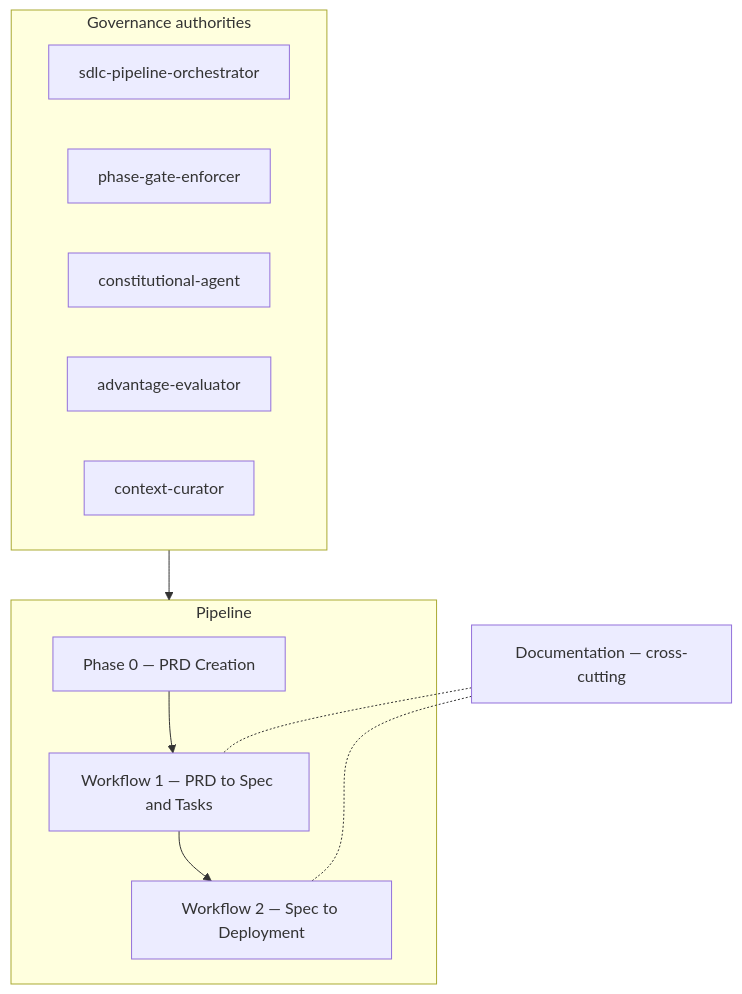
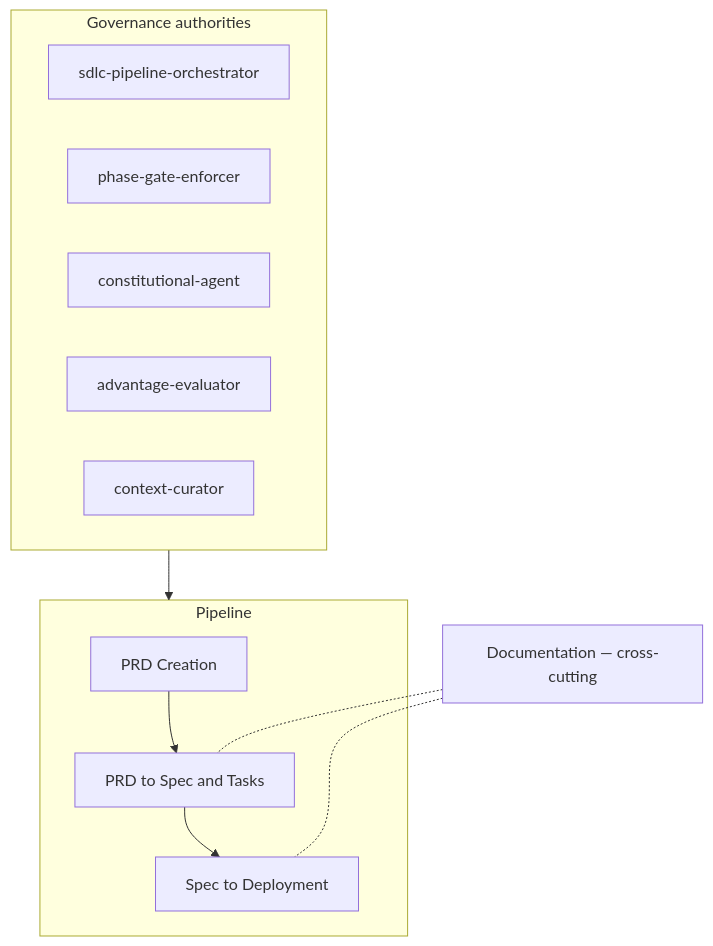
Before and after one commit to mark-satterfield/toolset: the first of 4 diagrams in plugins/agent-teams-workforce/AGENT-TEAMS-WORKFORCE.md, drawn with Mermaid. The commit also changed other lines of this file and 55 other files, not shown here.

````diff
--- a/plugins/agent-teams-workforce/AGENT-TEAMS-WORKFORCE.md
+++ b/plugins/agent-teams-workforce/AGENT-TEAMS-WORKFORCE.md
@@ -13,20 +13,20 @@
 ```mermaid
 graph TD
   subgraph GOV[Governance authorities]
     ORCH[sdlc-pipeline-orchestrator]
     ENF[phase-gate-enforcer]
     CON[constitutional-agent]
     ADV[advantage-evaluator]
     CTX[context-curator]
   end
 
   GOV --> PIPE
 
   subgraph PIPE[Pipeline]
-    P0[Phase 0 — PRD Creation] --> W1[Workflow 1 — PRD to Spec and Tasks]
-    W1 --> W2[Workflow 2 — Spec to Deployment]
+    P0[PRD Creation] --> PTS[PRD to Spec and Tasks]
+    PTS --> STD[Spec to Deployment]
   end
 
-  DOC[Documentation — cross-cutting] -.- W1
-  DOC -.- W2
+  DOC[Documentation — cross-cutting] -.- PTS
+  DOC -.- STD
 ```
````
